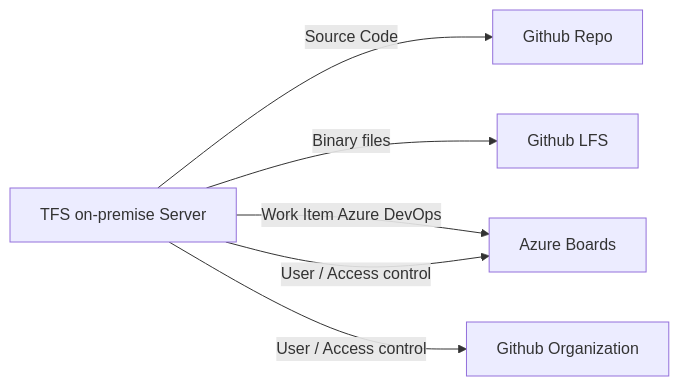
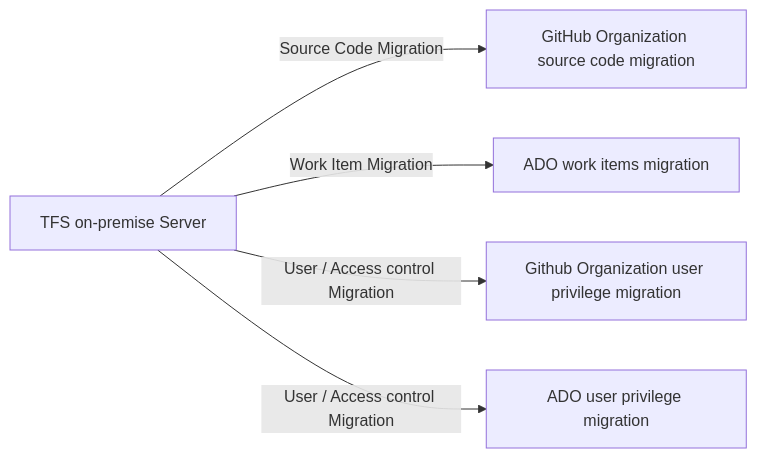
One commit to newtglobalgit/nabors-tfs-migration changed the diagram in Src/Migration/README.md. Above: the diagram before and after it, drawn with Mermaid. The commit also changed other lines of this file, not shown here.

````diff
--- a/Src/Migration/README.md
+++ b/Src/Migration/README.md
@@ -17,8 +6,7 @@
 ```mermaid
 graph LR
-A[TFS on-premise Server] -- Source Code --> B[Github Repo]
-A -- Binary files --> C[Github LFS]
-A -- Work Item Azure DevOps --> D[Azure Boards]
-A -- User / Access control --> E[Github Organization]
-A -- User / Access control --> D
+A[TFS on-premise Server] -- Source Code Migration --> B[GitHub Organization source code migration]
+A -- Work Item Migration --> C[ADO work items migration]
+A -- User / Access control Migration --> D[Github Organization user privilege migration]
+A -- User / Access control Migration --> E[ADO user privilege migration]
 ```
````
